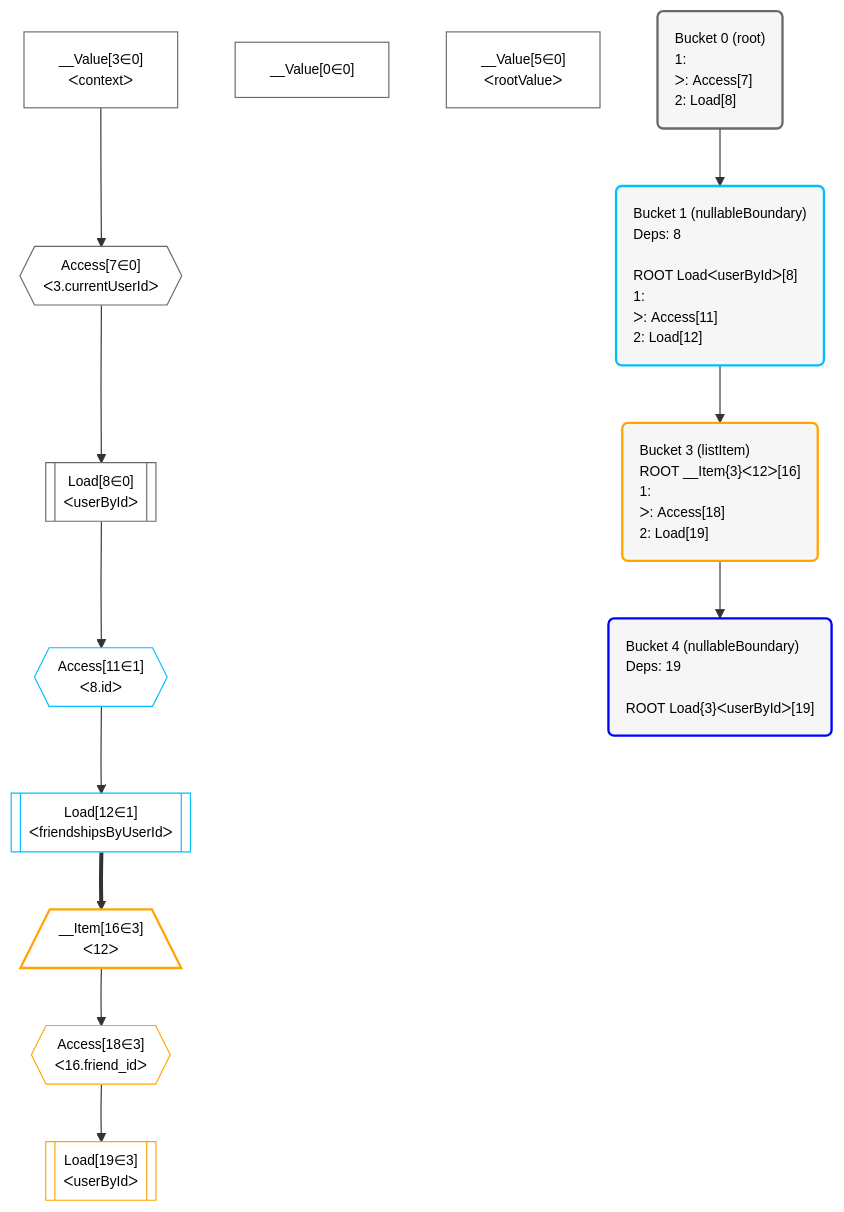
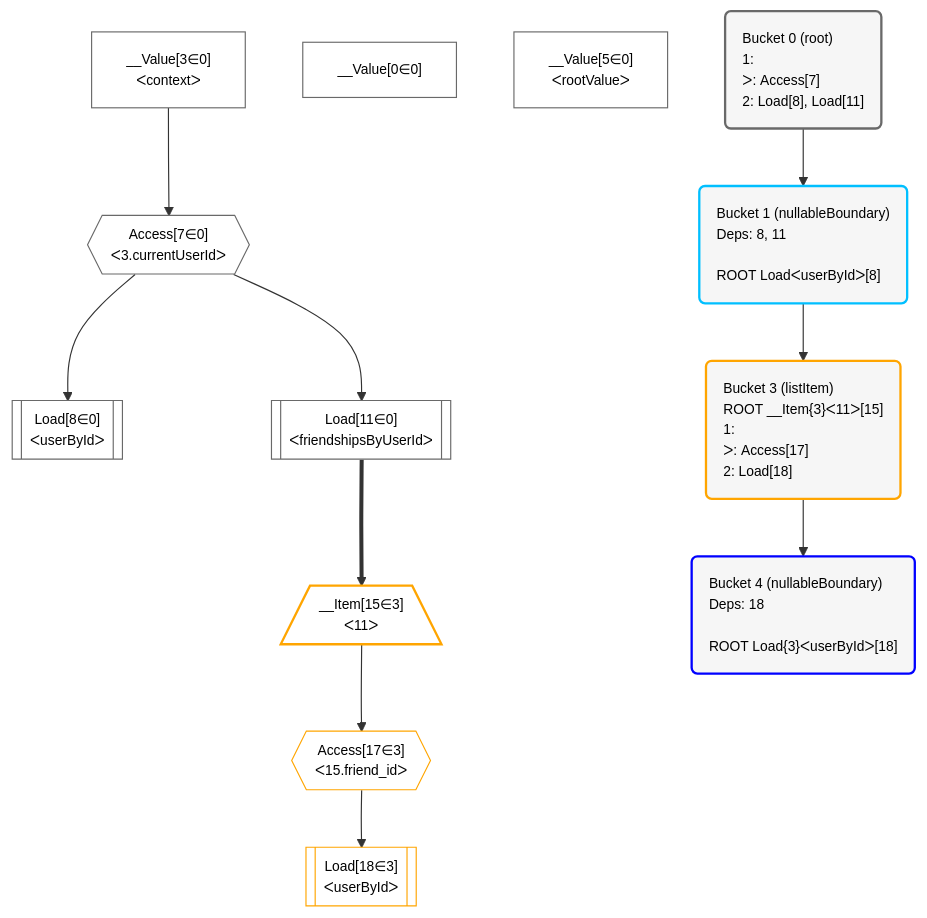
The diagram in grafast/website/examples/users-and-friends/plan.mermaid (graphile/crystal), drawn with Mermaid before and after one commit. The commit also changed 3 other files, not shown here.

```diff
--- a/grafast/website/examples/users-and-friends/plan.mermaid
+++ b/grafast/website/examples/users-and-friends/plan.mermaid
@@ -1,46 +1,44 @@
 %%{init: {'themeVariables': { 'fontSize': '12px'}}}%%
 flowchart TD
     classDef path fill:#eee,stroke:#000,color:#000
     classDef plan fill:#fff,stroke-width:1px,color:#000
     classDef itemplan fill:#fff,stroke-width:2px,color:#000
     classDef unbatchedplan fill:#dff,stroke-width:1px,color:#000
     classDef sideeffectplan fill:#fcc,stroke-width:2px,color:#000
     classDef bucket fill:#f6f6f6,color:#000,stroke-width:2px,text-align:left
 
 
     %% plan dependencies
     Access7{{"Access[7∈0]<br />ᐸ3.currentUserIdᐳ"}}:::plan
     __Value3["__Value[3∈0]<br />ᐸcontextᐳ"]:::plan
     __Value3 --> Access7
     Load8[["Load[8∈0]<br />ᐸuserByIdᐳ"]]:::plan
     Access7 --> Load8
+    Load11[["Load[11∈0]<br />ᐸfriendshipsByUserIdᐳ"]]:::plan
+    Access7 --> Load11
     __Value0["__Value[0∈0]"]:::plan
     __Value5["__Value[5∈0]<br />ᐸrootValueᐳ"]:::plan
-    Access11{{"Access[11∈1]<br />ᐸ8.idᐳ"}}:::plan
-    Load8 --> Access11
-    Load12[["Load[12∈1]<br />ᐸfriendshipsByUserIdᐳ"]]:::plan
-    Access11 --> Load12
-    __Item16[/"__Item[16∈3]<br />ᐸ12ᐳ"\]:::itemplan
-    Load12 ==> __Item16
-    Access18{{"Access[18∈3]<br />ᐸ16.friend_idᐳ"}}:::plan
-    __Item16 --> Access18
-    Load19[["Load[19∈3]<br />ᐸuserByIdᐳ"]]:::plan
-    Access18 --> Load19
+    __Item15[/"__Item[15∈3]<br />ᐸ11ᐳ"\]:::itemplan
+    Load11 ==> __Item15
+    Access17{{"Access[17∈3]<br />ᐸ15.friend_idᐳ"}}:::plan
+    __Item15 --> Access17
+    Load18[["Load[18∈3]<br />ᐸuserByIdᐳ"]]:::plan
+    Access17 --> Load18
 
     %% define steps
 
-    Bucket0("Bucket 0 (root)<br />1: <br />ᐳ: Access[7]<br />2: Load[8]"):::bucket
+    Bucket0("Bucket 0 (root)<br />1: <br />ᐳ: Access[7]<br />2: Load[8], Load[11]"):::bucket
     classDef bucket0 stroke:#696969
-    class Bucket0,__Value0,__Value3,__Value5,Access7,Load8 bucket0
-    Bucket1("Bucket 1 (nullableBoundary)<br />Deps: 8<br /><br />ROOT LoadᐸuserByIdᐳ[8]<br />1: <br />ᐳ: Access[11]<br />2: Load[12]"):::bucket
+    class Bucket0,__Value0,__Value3,__Value5,Access7,Load8,Load11 bucket0
+    Bucket1("Bucket 1 (nullableBoundary)<br />Deps: 8, 11<br /><br />ROOT LoadᐸuserByIdᐳ[8]"):::bucket
     classDef bucket1 stroke:#00bfff
-    class Bucket1,Access11,Load12 bucket1
-    Bucket3("Bucket 3 (listItem)<br />ROOT __Item{3}ᐸ12ᐳ[16]<br />1: <br />ᐳ: Access[18]<br />2: Load[19]"):::bucket
+    class Bucket1 bucket1
+    Bucket3("Bucket 3 (listItem)<br />ROOT __Item{3}ᐸ11ᐳ[15]<br />1: <br />ᐳ: Access[17]<br />2: Load[18]"):::bucket
     classDef bucket3 stroke:#ffa500
-    class Bucket3,__Item16,Access18,Load19 bucket3
-    Bucket4("Bucket 4 (nullableBoundary)<br />Deps: 19<br /><br />ROOT Load{3}ᐸuserByIdᐳ[19]"):::bucket
+    class Bucket3,__Item15,Access17,Load18 bucket3
+    Bucket4("Bucket 4 (nullableBoundary)<br />Deps: 18<br /><br />ROOT Load{3}ᐸuserByIdᐳ[18]"):::bucket
     classDef bucket4 stroke:#0000ff
     class Bucket4 bucket4
     Bucket0 --> Bucket1
     Bucket1 --> Bucket3
     Bucket3 --> Bucket4
```
